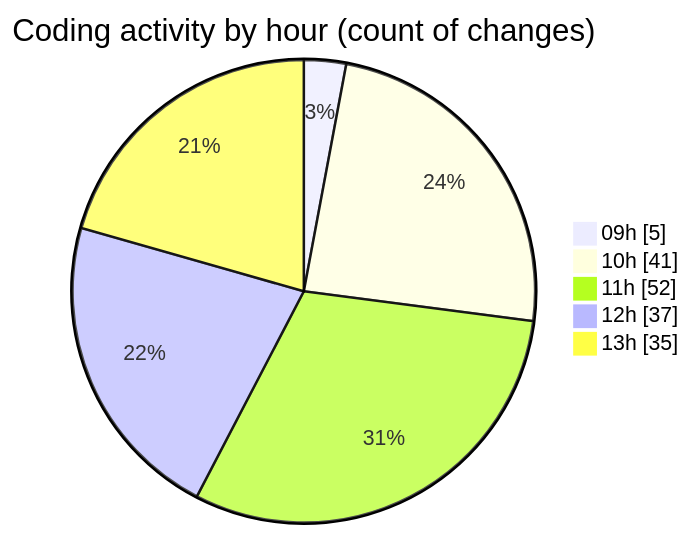
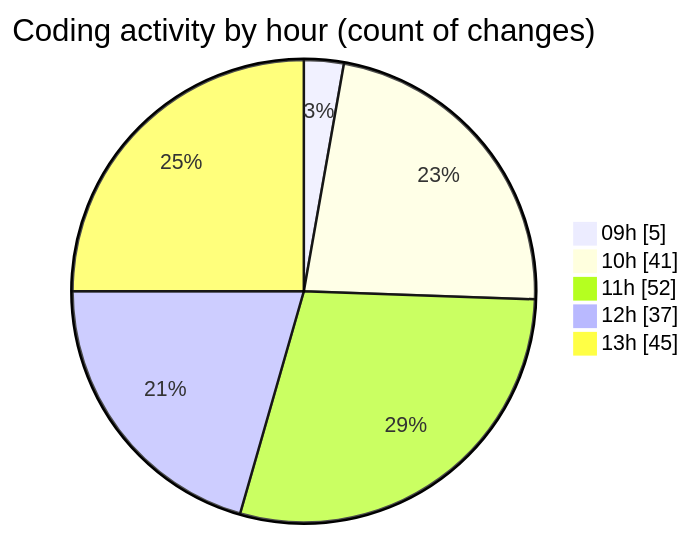
One commit to momahboobian/code-tracking changed the second of 2 diagrams in 2026-04-27/cda/README.md. Above: the diagram before and after it, drawn with Mermaid. The commit also changed other lines of this file and 1 other file, not shown here.

````diff
--- a/2026-04-27/cda/README.md
+++ b/2026-04-27/cda/README.md
@@ -56,9 +56,9 @@
 ```mermaid
 pie showData
 title Coding activity by hour (count of changes)
 "09h" : 5
 "10h" : 41
 "11h" : 52
 "12h" : 37
-"13h" : 35
+"13h" : 45
 ```
````
